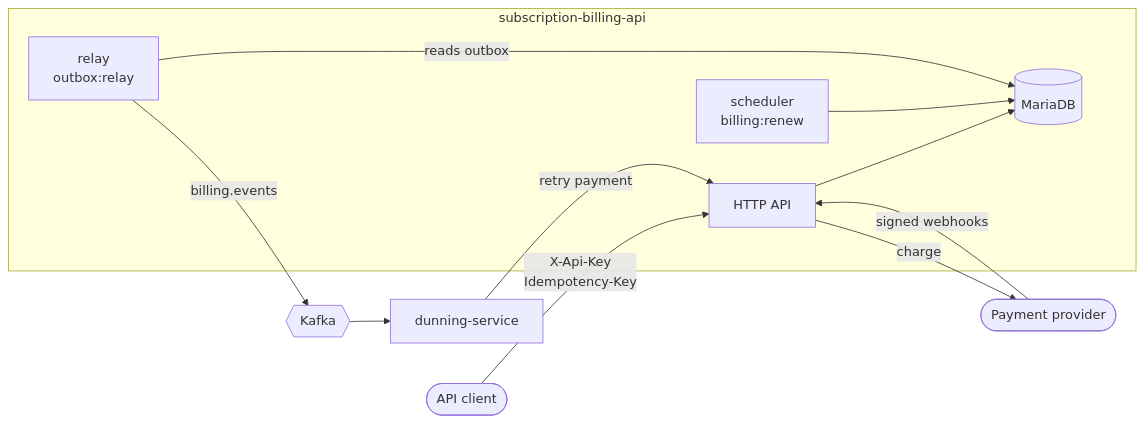
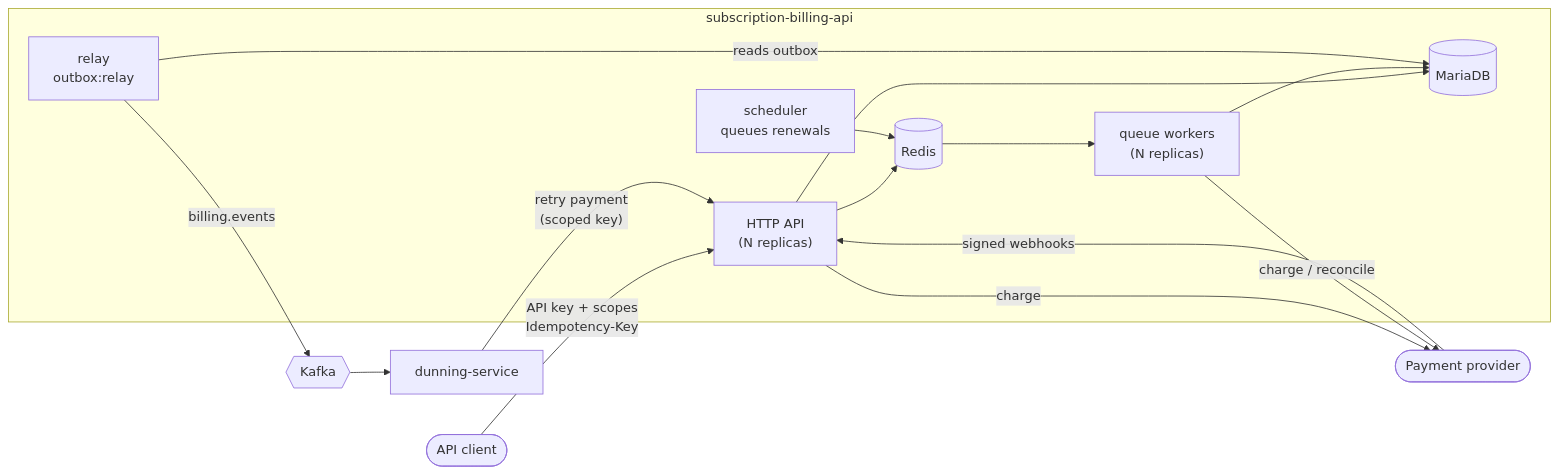
The diagram in README.md (alaa-almouradi1/subscription-billing-api), drawn with Mermaid before and after one commit. The commit also changed other lines of this file and 5 other files, not shown here.

Commit message:
docs: document security, scaling and performance; add ADRs for API clients and queued renewals

````diff
--- a/README.md
+++ b/README.md
@@ -30,16 +33,20 @@
 ```mermaid
 flowchart LR
-    client([API client]) -- "X-Api-Key\nIdempotency-Key" --> api
+    client([API client]) -- "API key + scopes\nIdempotency-Key" --> api
     psp([Payment provider]) -- signed webhooks --> api
     api -- charge --> psp
+    worker -- charge / reconcile --> psp
 
     subgraph billing [subscription-billing-api]
-        api[HTTP API] --> db[(MariaDB)]
-        scheduler["scheduler\nbilling:renew"] --> db
+        api["HTTP API\n(N replicas)"] --> db[(MariaDB)]
+        api --> redis[(Redis)]
+        scheduler["scheduler\nqueues renewals"] --> redis
+        redis --> worker["queue workers\n(N replicas)"]
+        worker --> db
         relay["relay\noutbox:relay"] -- reads outbox --> db
     end
 
     relay -- billing.events --> kafka{{Kafka}}
     kafka --> dunning[dunning-service]
-    dunning -- retry payment --> api
+    dunning -- "retry payment\n(scoped key)" --> api
 ```
````
